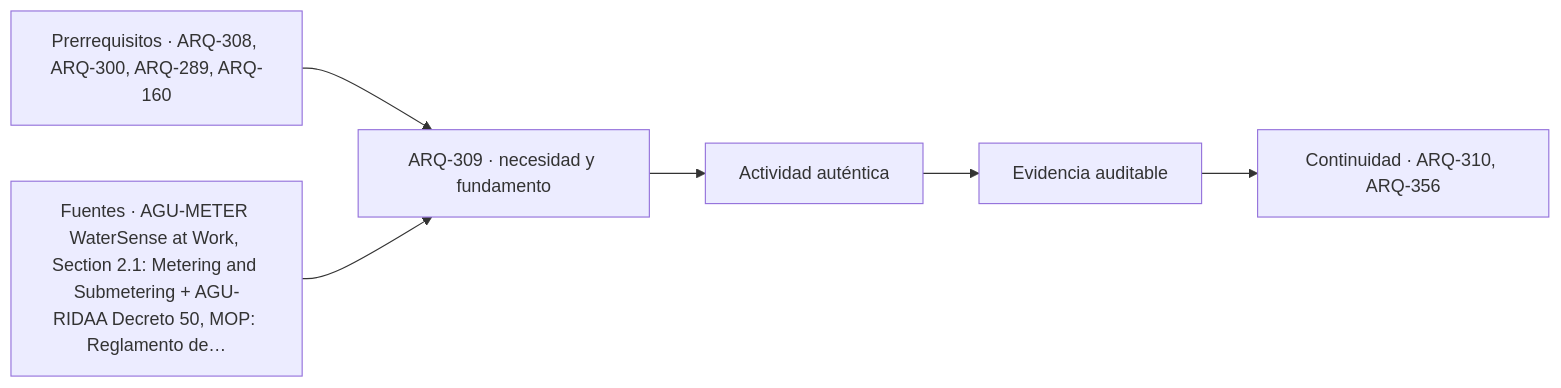
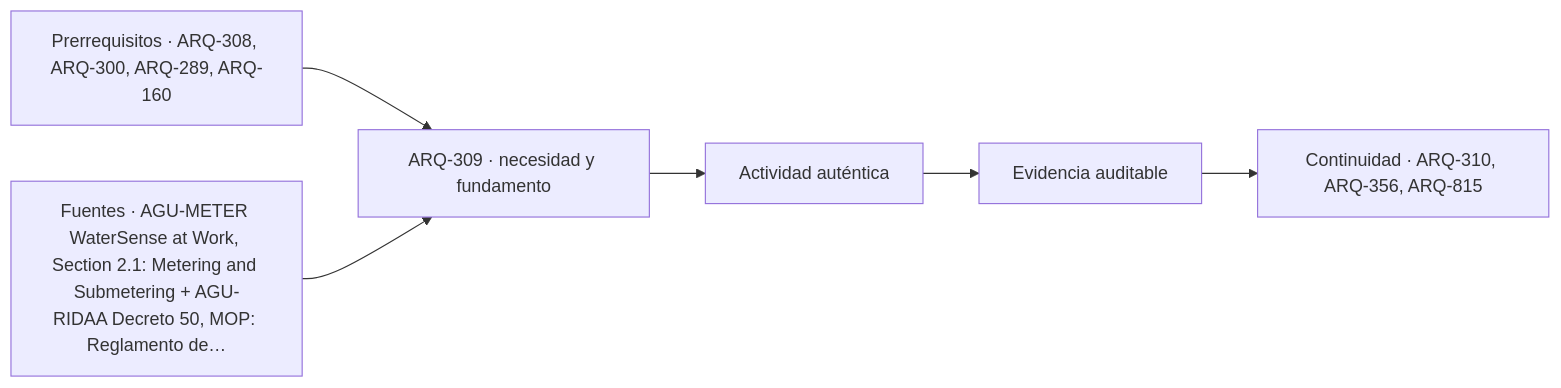
The diagram in classes/parte-31/ARQ-309.md (vladimiracunadev-create/architecture-built-environment-learning-program), drawn with Mermaid before and after one commit. The commit also changed other lines of this file and 234 other files, not shown here.

````diff
--- a/classes/parte-31/ARQ-309.md
+++ b/classes/parte-31/ARQ-309.md
@@ -129,8 +129,8 @@
 ```mermaid
 flowchart LR
     A["Prerrequisitos · ARQ-308, ARQ-300, ARQ-289, ARQ-160"] --> B["ARQ-309 · necesidad y fundamento"]
     S["Fuentes · AGU-METER WaterSense at Work, Section 2.1: Metering and Submetering + AGU-RIDAA Decreto 50, MOP: Reglamento de…"] --> B
     B --> C["Actividad auténtica"]
     C --> D["Evidencia auditable"]
-    D --> E["Continuidad · ARQ-310, ARQ-356"]
+    D --> E["Continuidad · ARQ-310, ARQ-356, ARQ-815"]
 ```
````
